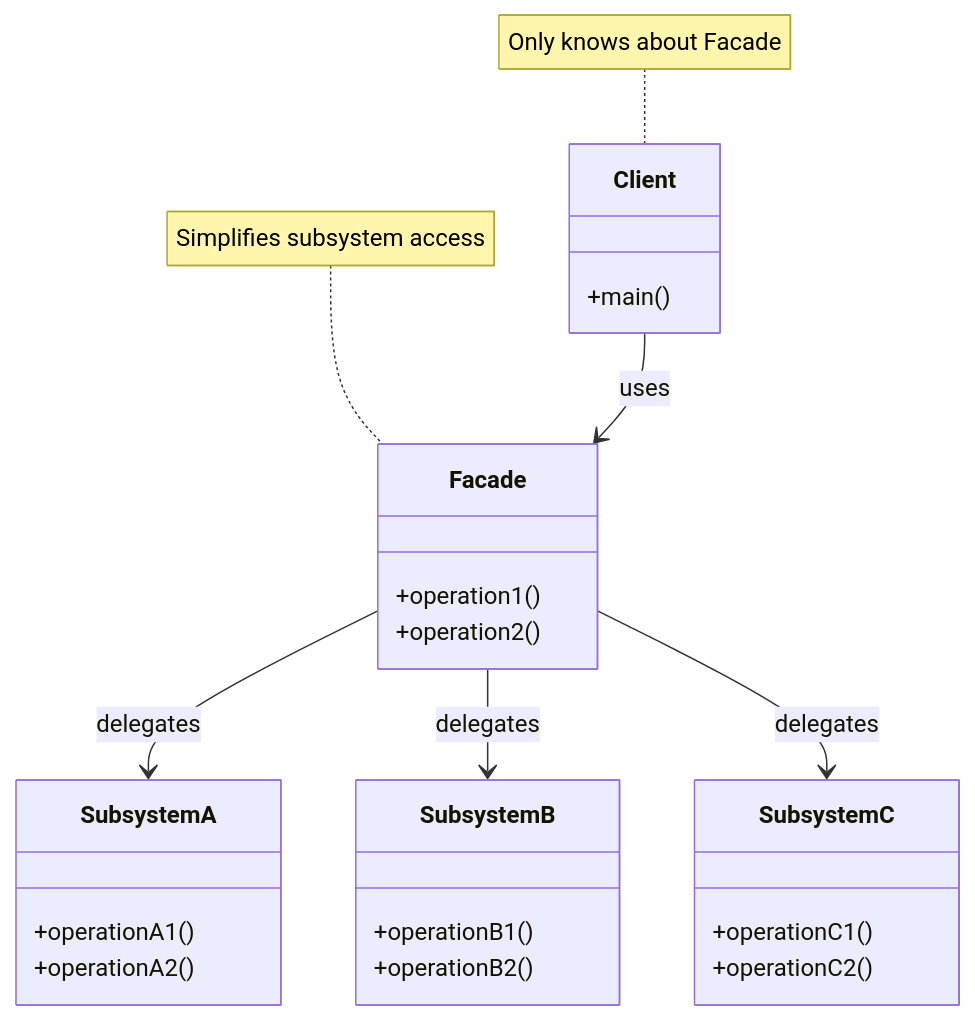
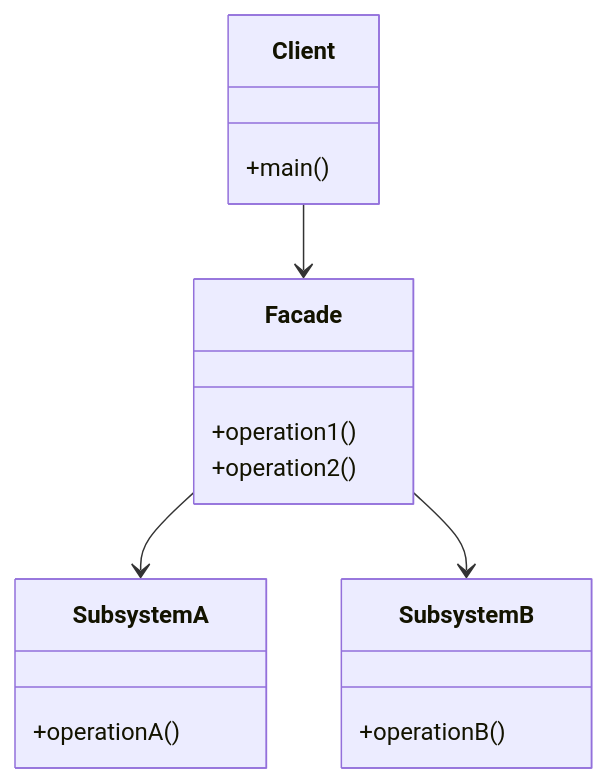
The first of 4 diagrams in resources/design-patterns/laravel/structural/facade_en.md (fanly/DesignPattern), drawn with Mermaid before and after one commit. The commit also changed other lines of this file and 2 other files, not shown here.

````diff
--- a/resources/design-patterns/laravel/structural/facade_en.md
+++ b/resources/design-patterns/laravel/structural/facade_en.md
@@ -11,34 +10,23 @@
 ```mermaid
 classDiagram
     class Facade {
         +operation1()
         +operation2()
     }
     
     class SubsystemA {
-        +operationA1()
-        +operationA2()
+        +operationA()
     }
     
     class SubsystemB {
-        +operationB1()
-        +operationB2()
-    }
-    
-    class SubsystemC {
-        +operationC1()
-        +operationC2()
+        +operationB()
     }
     
     class Client {
         +main()
     }
     
-    Client --> Facade : uses
-    Facade --> SubsystemA : delegates
-    Facade --> SubsystemB : delegates
-    Facade --> SubsystemC : delegates
-    
-    note for Facade "Simplifies subsystem access"
-    note for Client "Only knows about Facade"
+    Client --> Facade
+    Facade --> SubsystemA
+    Facade --> SubsystemB
 ```
````
